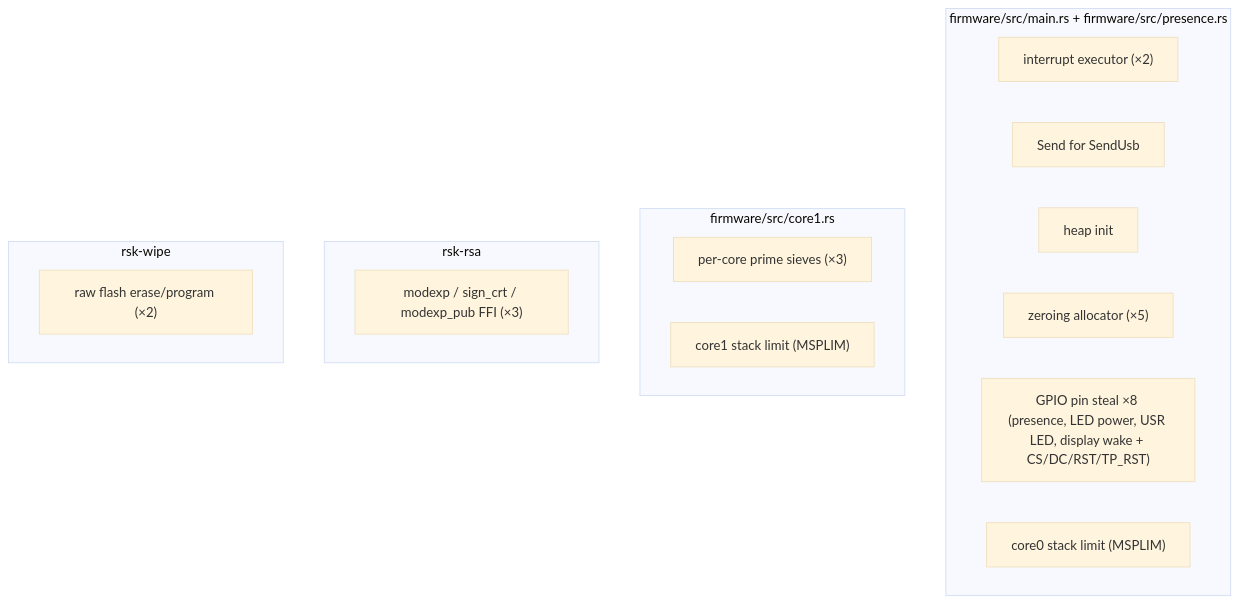
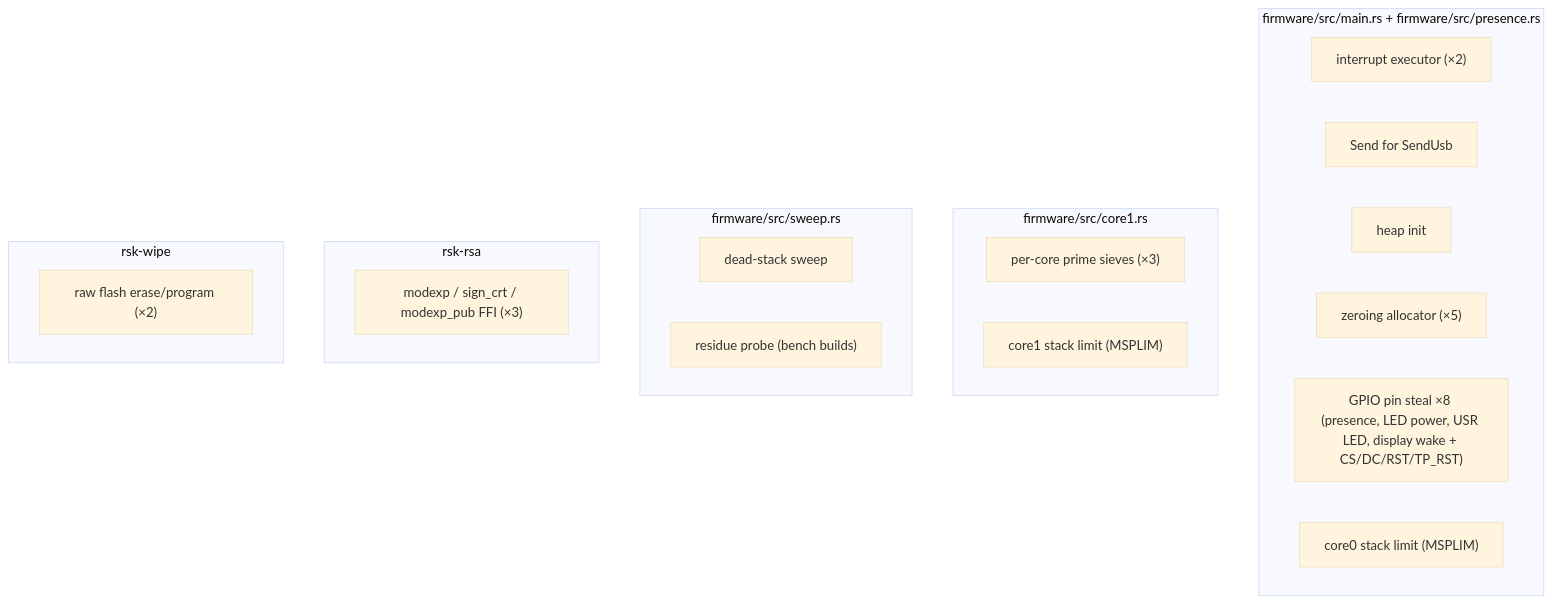
One commit to TheMaxMur/RS-Key changed the diagram in docs/unsafe.md. Above: the diagram before and after it, drawn with Mermaid (base theme). The commit also changed other lines of this file and 41 other files, not shown here.

````diff
--- a/docs/unsafe.md
+++ b/docs/unsafe.md
@@ -18,21 +18,25 @@
 ```mermaid
 flowchart TB
     subgraph fw["firmware/src/main.rs + firmware/src/presence.rs"]
       a["interrupt executor (×2)"]
       b["Send for SendUsb"]
       c["heap init"]
       c2["zeroing allocator (×5)"]
       d["GPIO pin steal ×8 (presence, LED power, USR LED, display wake + CS/DC/RST/TP_RST)"]
       d2["core0 stack limit (MSPLIM)"]
     end
     subgraph kg["firmware/src/core1.rs"]
       e["per-core prime sieves (×3)"]
       e2["core1 stack limit (MSPLIM)"]
     end
+    subgraph sw["firmware/src/sweep.rs"]
+      s1["dead-stack sweep"]
+      s2["residue probe (bench builds)"]
+    end
     subgraph asm["rsk-rsa"]
       f["modexp / sign_crt / modexp_pub FFI (×3)"]
     end
     subgraph wipe["rsk-wipe"]
       g["raw flash erase/program (×2)"]
     end
 ```
````
